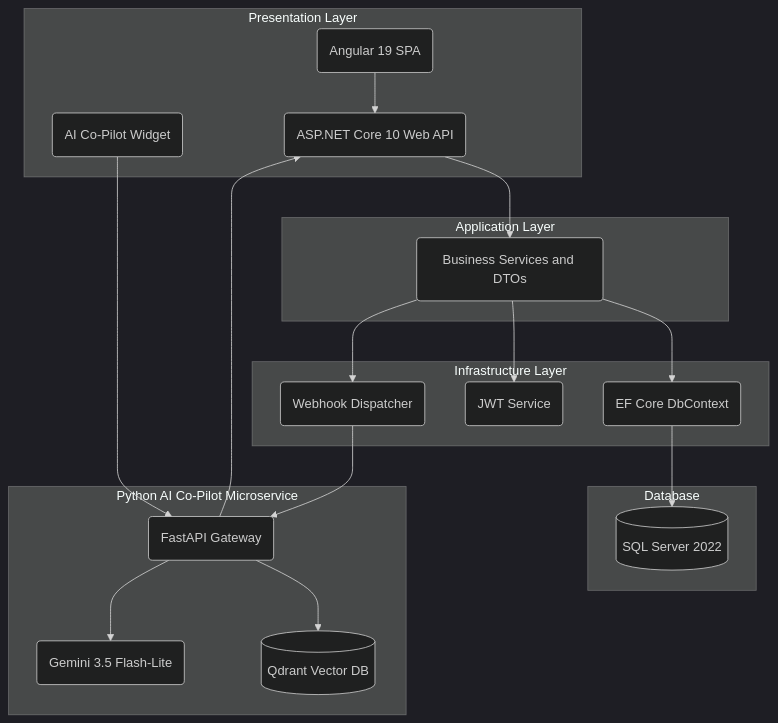
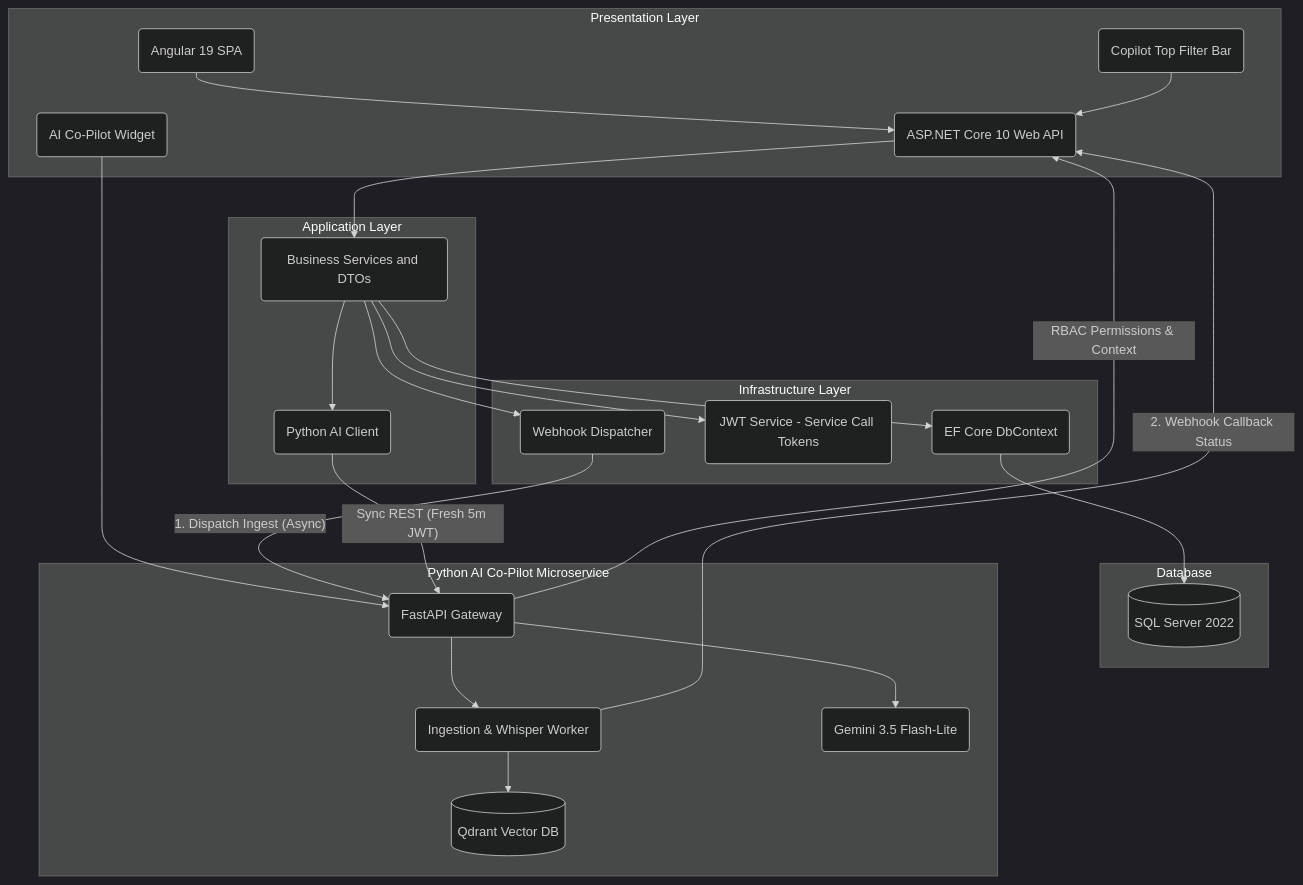
One commit to MazenDarweesh/DynamicProLearn changed the first of 2 diagrams in README.md. Above: the diagram before and after it, drawn with Mermaid (dark theme). The commit also changed other lines of this file and 2 other files, not shown here.

First line of the commit message:
docs: update README, API reference, and comprehensive interview defense guide

````diff
--- a/README.md
+++ b/README.md
@@ -58,40 +77,48 @@
 ```mermaid
 graph TD
   subgraph Presentation [Presentation Layer]
     UI(Angular 19 SPA)
     Widget(AI Co-Pilot Widget)
+    FilterBar(Copilot Top Filter Bar)
     API(ASP.NET Core 10 Web API)
   end
 
   subgraph Application [Application Layer]
     CQRS(Business Services and DTOs)
+    AiClient(Python AI Client)
   end
 
   subgraph Infrastructure [Infrastructure Layer]
     EF(EF Core DbContext)
-    Auth(JWT Service)
+    Auth(JWT Service - Service Call Tokens)
     Dispatcher(Webhook Dispatcher)
   end
 
   subgraph Persistence [Database]
     DB[(SQL Server 2022)]
   end
 
   subgraph AIEngine [Python AI Co-Pilot Microservice]
     FastAPI(FastAPI Gateway)
+    Worker(Ingestion & Whisper Worker)
     Qdrant[(Qdrant Vector DB)]
     Gemini(Gemini 3.5 Flash-Lite)
   end
 
   UI --> API
   Widget --> FastAPI
+  FilterBar --> API
   API --> CQRS
   CQRS --> EF
   CQRS --> Auth
   CQRS --> Dispatcher
+  CQRS --> AiClient
   EF --> DB
-  Dispatcher --> FastAPI
-  FastAPI --> Qdrant
+  Dispatcher -- "1. Dispatch Ingest (Async)" --> FastAPI
+  FastAPI --> Worker
+  Worker --> Qdrant
+  Worker -- "2. Webhook Callback Status" --> API
+  AiClient -- "Sync REST (Fresh 5m JWT)" --> FastAPI
   FastAPI --> Gemini
-  FastAPI --> API
+  FastAPI -- "RBAC Permissions & Context" --> API
 ```
````
